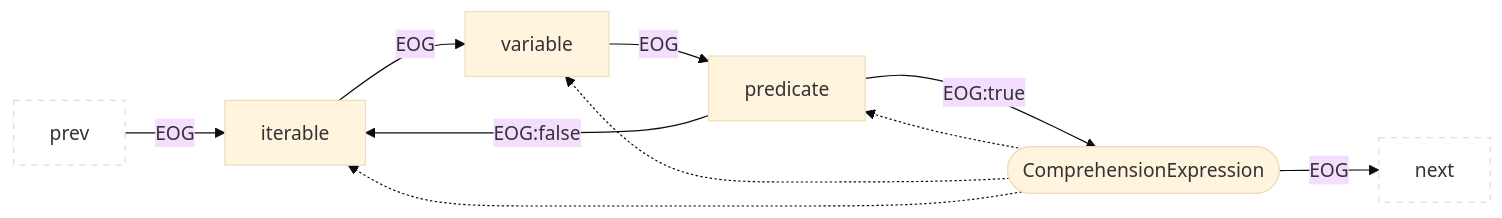
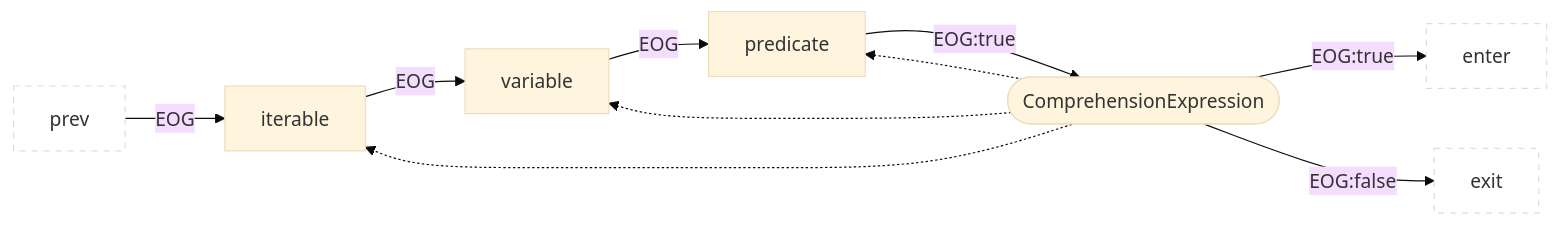
Before and after one commit to Fraunhofer-AISEC/cpg: diagram 38 of 46 in docs/docs/CPG/specs/eog.md, drawn with Mermaid (base theme). The commit also changed other lines of this file, not shown here.

````diff
--- a/docs/docs/CPG/specs/eog.md
+++ b/docs/docs/CPG/specs/eog.md
@@ -715,13 +729,13 @@
 ```mermaid
 flowchart LR
   classDef outer fill:#fff,stroke:#ddd,stroke-dasharray:5 5;
   prev:::outer --EOG--> child1["iterable"]
   child1 --EOG--> child2["variable"]
   child2 --EOG--> child3["predicate"]
-  child3 --EOG:false--> child1
   child3 --EOG:true--> parent(["ComprehensionExpression"])
-  parent --EOG--> next:::outer
+  parent --EOG:true--> enter:::outer
+  parent --EOG:false--> exit:::outer
   parent -.-> child3
   parent -.-> child2
   parent -.-> child1
 ```
````
